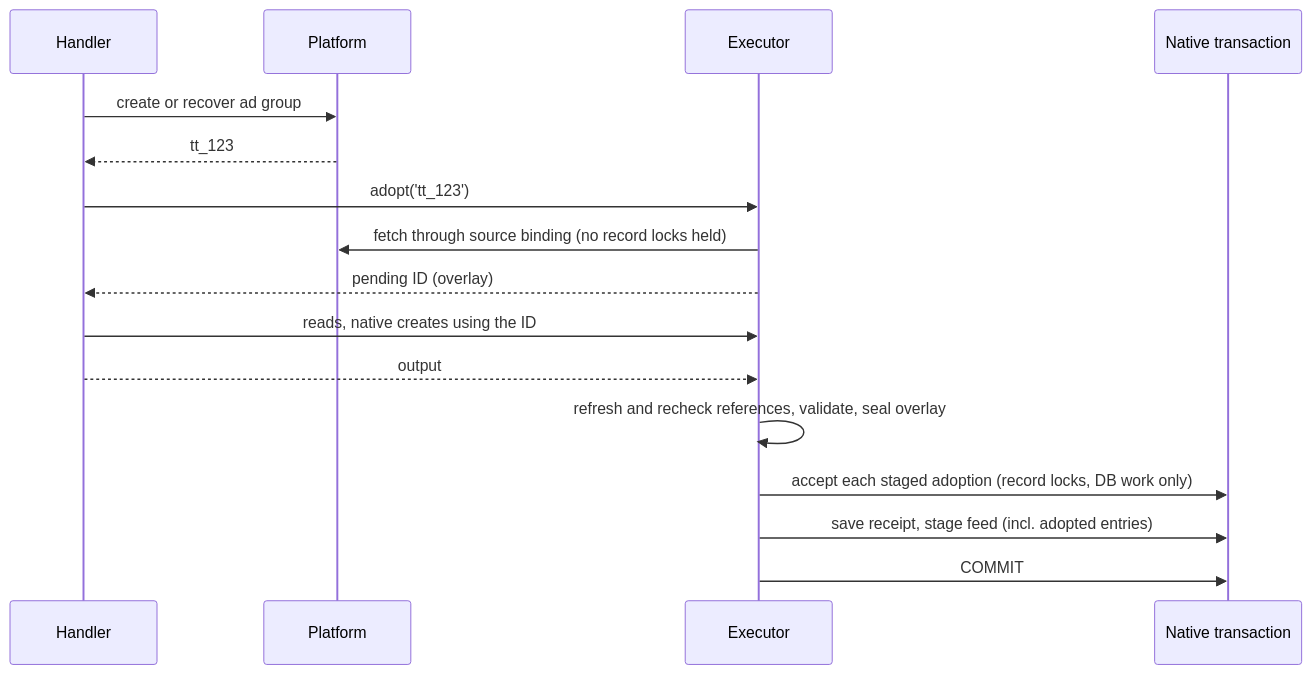
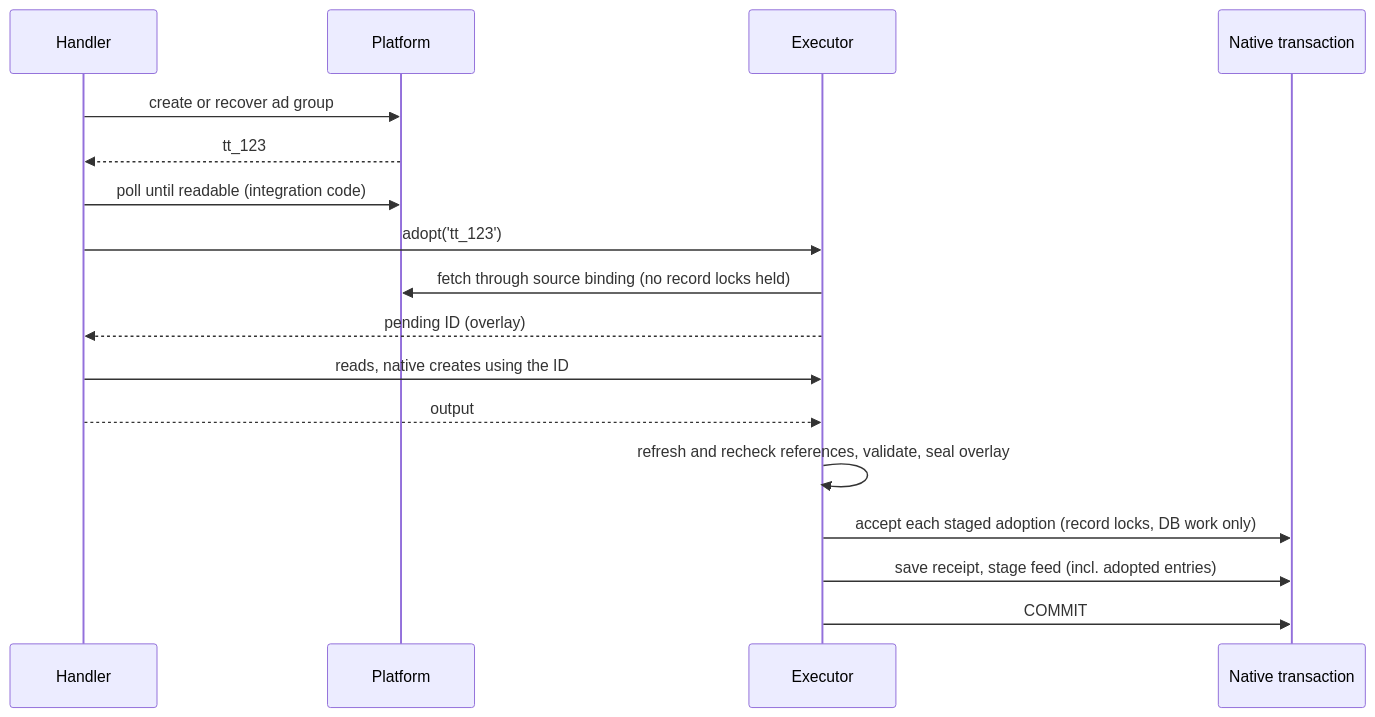
One commit to relatehq/relate changed the second of 2 diagrams in specs/2026-10-28-action-adoption.md. Above: the diagram before and after it, drawn with Mermaid. The commit also changed other lines of this file and 1 other file, not shown here.

````diff
--- a/specs/2026-10-28-action-adoption.md
+++ b/specs/2026-10-28-action-adoption.md
@@ -432,18 +466,19 @@
 ```mermaid
 sequenceDiagram
   participant H as Handler
   participant P as Platform
   participant X as Executor
   participant T as Native transaction
   H->>P: create or recover ad group
   P-->>H: tt_123
+  H->>P: poll until readable (integration code)
   H->>X: adopt('tt_123')
   X->>P: fetch through source binding (no record locks held)
   X-->>H: pending ID (overlay)
   H->>X: reads, native creates using the ID
   H-->>X: output
   X->>X: refresh and recheck references, validate, seal overlay
   X->>T: accept each staged adoption (record locks, DB work only)
   X->>T: save receipt, stage feed (incl. adopted entries)
   X->>T: COMMIT
 ```
````
